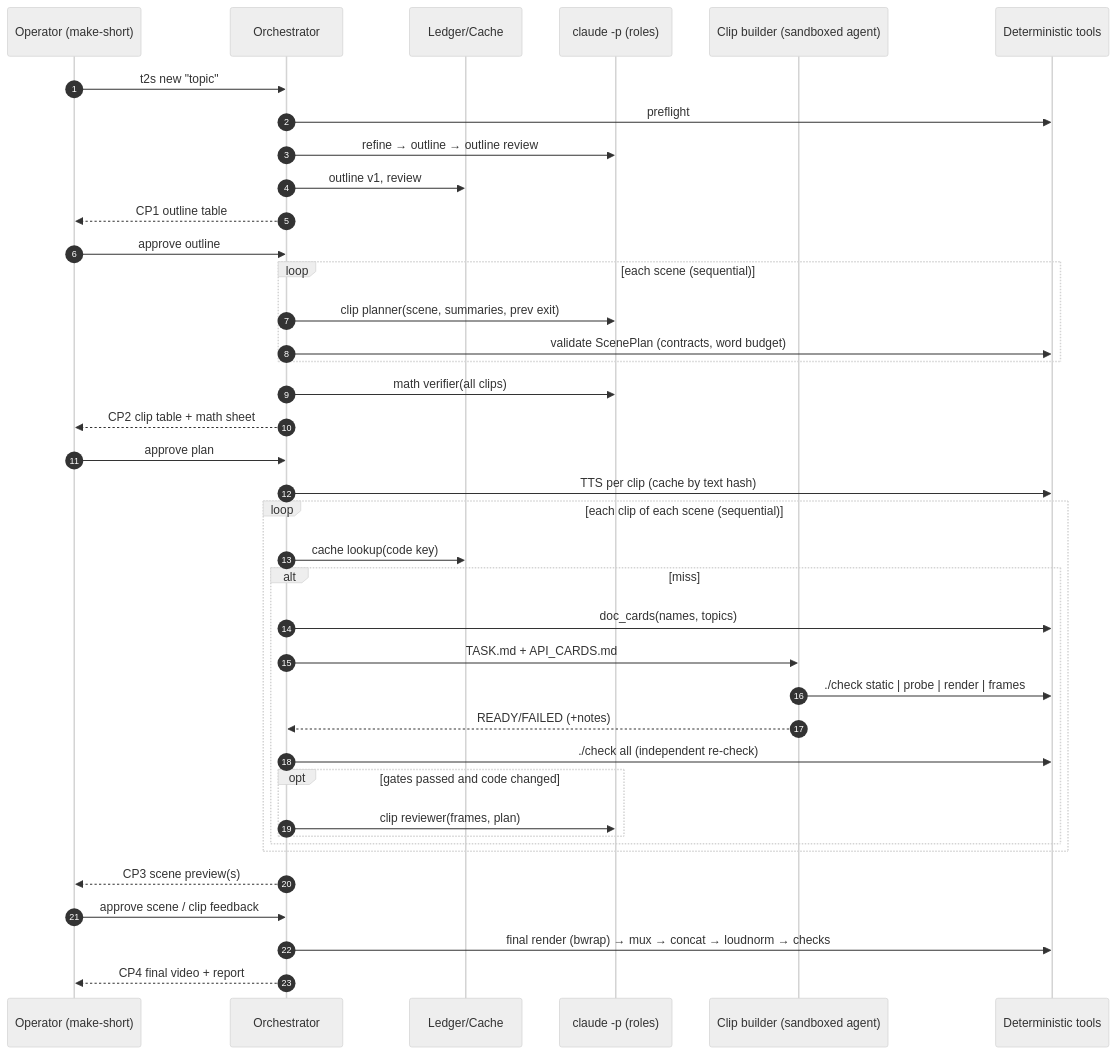
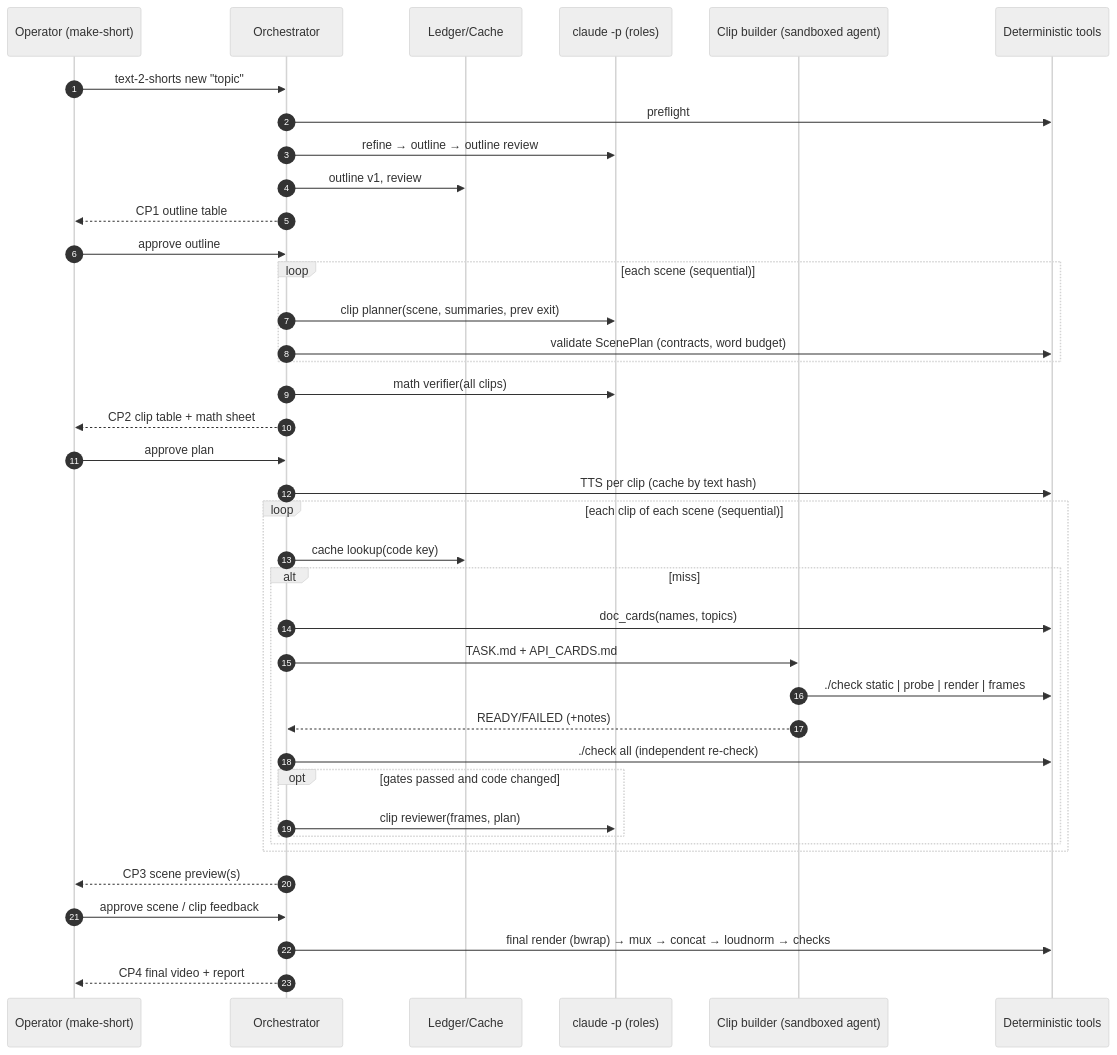
The diagram in diagrams/07-agent-orchestration-sequence.mmd (GARV-PATEL-11/Text-2-Shorts), drawn with Mermaid (neutral theme) before and after one commit. The commit also changed 58 other files, not shown here.

First line of the commit message:
Naming standard: descriptive identifiers, text-2-shorts command (0.6.0)

```diff
--- a/diagrams/07-agent-orchestration-sequence.mmd
+++ b/diagrams/07-agent-orchestration-sequence.mmd
@@ -1,39 +1,39 @@
 sequenceDiagram
     autonumber
     participant Op as Operator (make-short)
     participant O as Orchestrator
     participant L as Ledger/Cache
     participant LLM as claude -p (roles)
     participant A as Clip builder (sandboxed agent)
     participant D as Deterministic tools
-    Op->>O: t2s new "topic"
+    Op->>O: text-2-shorts new "topic"
     O->>D: preflight
     O->>LLM: refine → outline → outline review
     O->>L: outline v1, review
     O-->>Op: CP1 outline table
     Op->>O: approve outline
     loop each scene (sequential)
         O->>LLM: clip planner(scene, summaries, prev exit)
         O->>D: validate ScenePlan (contracts, word budget)
     end
     O->>LLM: math verifier(all clips)
     O-->>Op: CP2 clip table + math sheet
     Op->>O: approve plan
     O->>D: TTS per clip (cache by text hash)
     loop each clip of each scene (sequential)
         O->>L: cache lookup(code key)
         alt miss
             O->>D: doc_cards(names, topics)
             O->>A: TASK.md + API_CARDS.md
             A->>D: ./check static | probe | render | frames
             A-->>O: READY/FAILED (+notes)
             O->>D: ./check all (independent re-check)
             opt gates passed and code changed
                 O->>LLM: clip reviewer(frames, plan)
             end
         end
     end
     O-->>Op: CP3 scene preview(s)
     Op->>O: approve scene / clip feedback
     O->>D: final render (bwrap) → mux → concat → loudnorm → checks
     O-->>Op: CP4 final video + report
```
